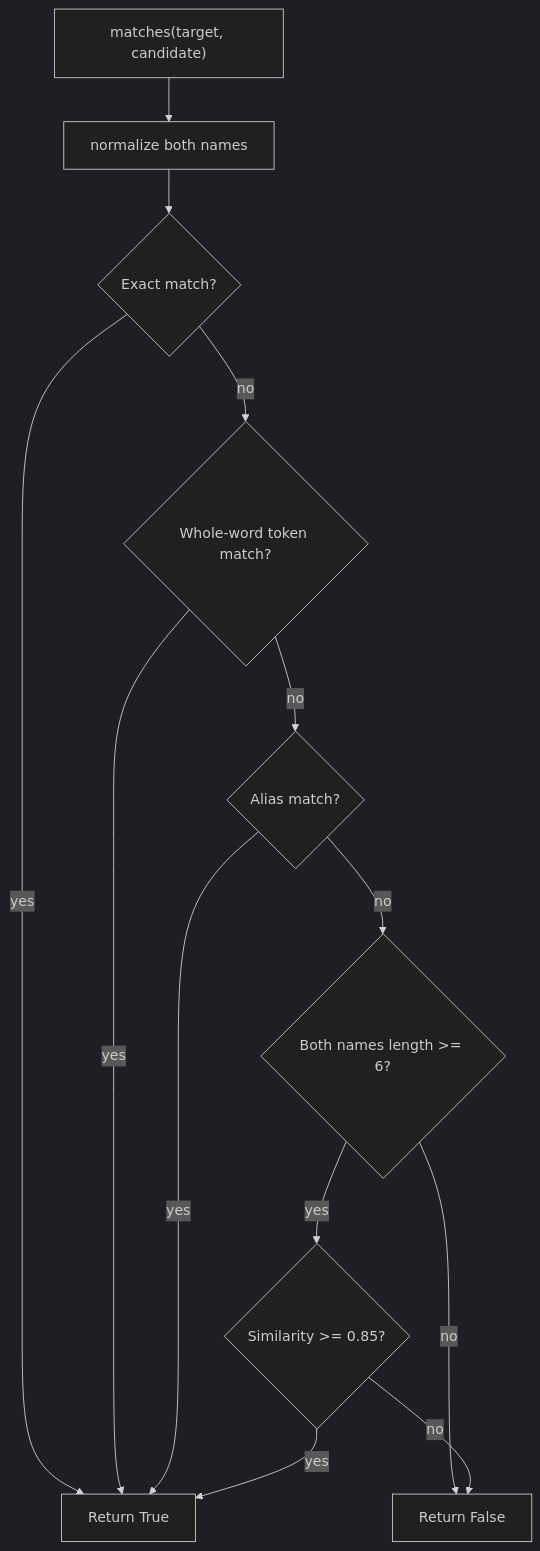
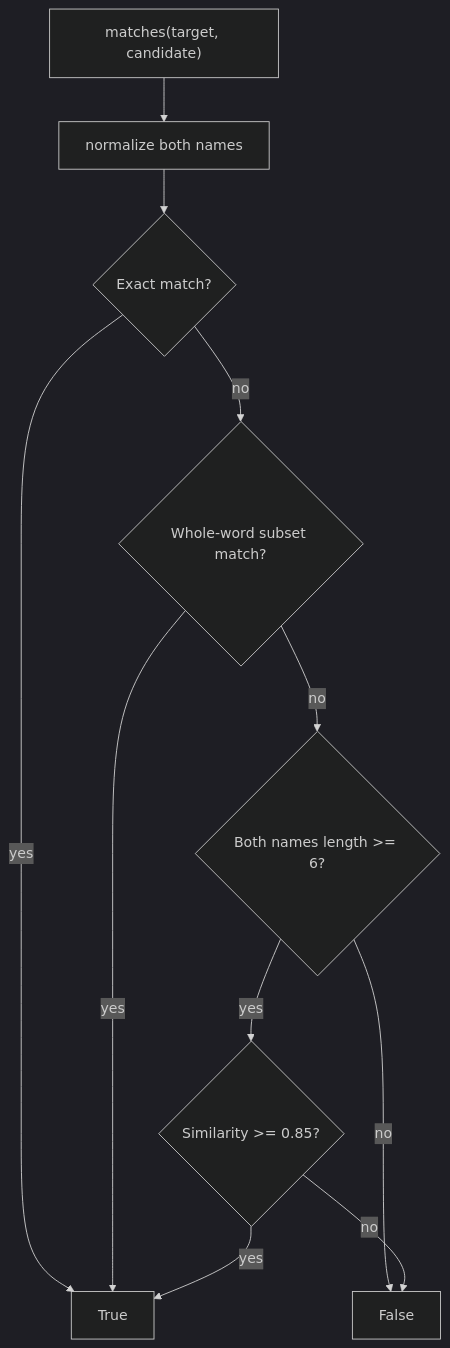
The sixth of 8 diagrams in personal-agent/CODEBASE_WALKTHROUGH.md (ayush60728/Agent), drawn with Mermaid (dark theme) before and after one commit. The commit also changed other lines of this file and 11 other files, not shown here.

````diff
--- a/personal-agent/CODEBASE_WALKTHROUGH.md
+++ b/personal-agent/CODEBASE_WALKTHROUGH.md
@@ -254,24 +322,21 @@
 ```mermaid
 flowchart TD
     A["matches(target, candidate)"]
     B["normalize both names"]
     C{"Exact match?"}
-    D{"Whole-word token match?"}
-    E{"Alias match?"}
-    F{"Both names length >= 6?"}
-    G{"Similarity >= 0.85?"}
-    H["Return True"]
-    I["Return False"]
+    D{"Whole-word subset match?"}
+    E{"Both names length >= 6?"}
+    F{"Similarity >= 0.85?"}
+    G["True"]
+    H["False"]
 
     A --> B --> C
-    C -->|yes| H
+    C -->|yes| G
     C -->|no| D
-    D -->|yes| H
+    D -->|yes| G
     D -->|no| E
-    E -->|yes| H
-    E -->|no| F
-    F -->|no| I
+    E -->|no| H
+    E -->|yes| F
     F -->|yes| G
-    G -->|yes| H
-    G -->|no| I
+    F -->|no| H
 ```
````
